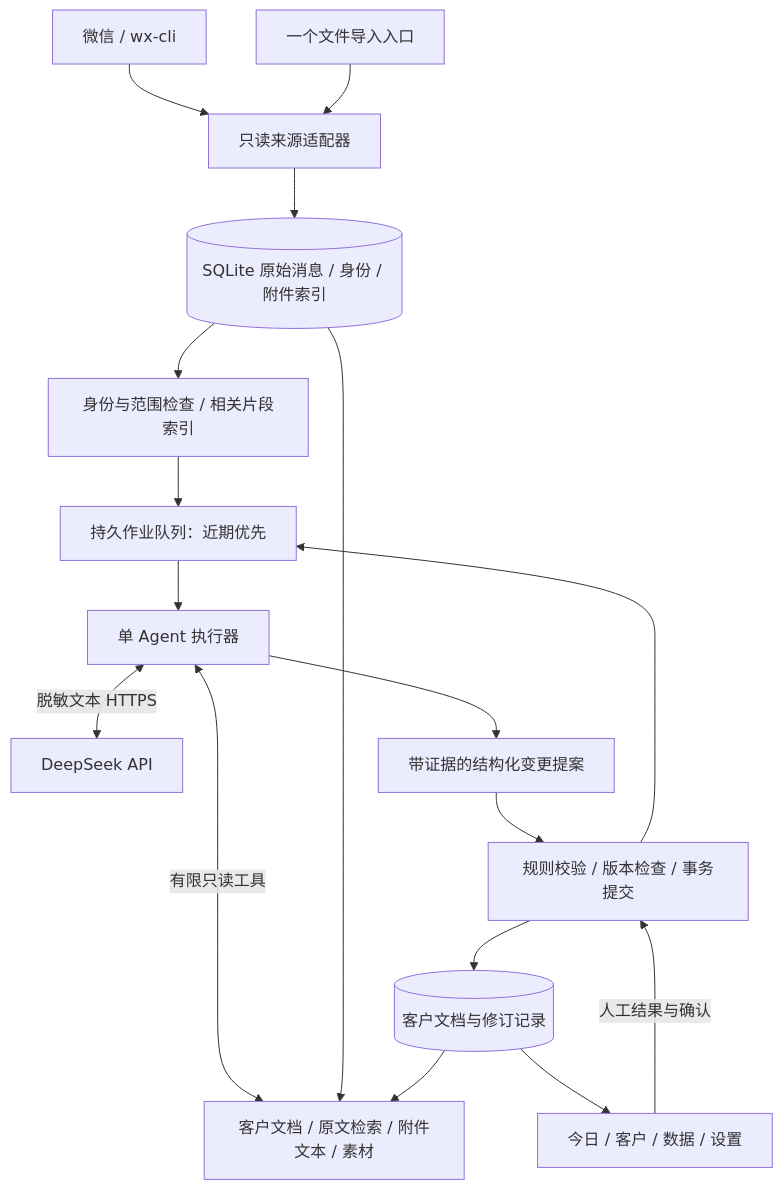
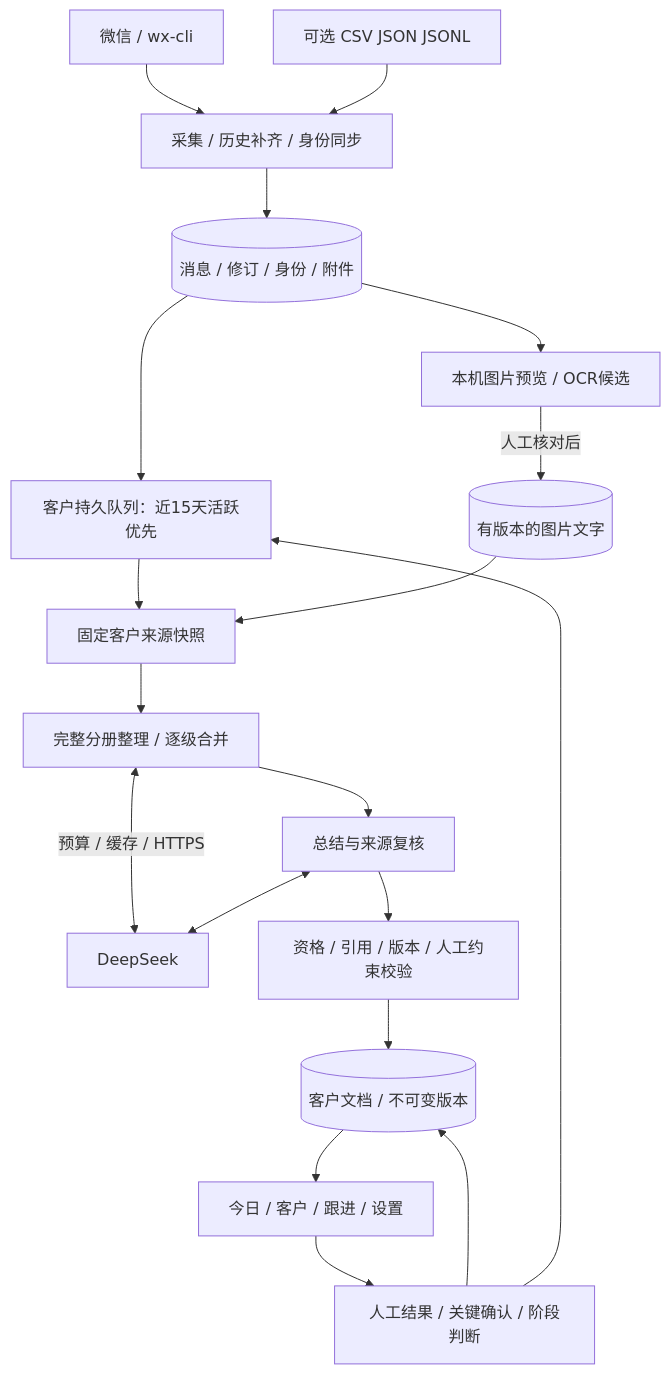
The diagram in docs/SYSTEM_ARCHITECTURE.md (EligahYy/Wechat-Agent), drawn with Mermaid before and after one commit. The commit also changed other lines of this file and 38 other files, not shown here.

````diff
--- a/docs/SYSTEM_ARCHITECTURE.md
+++ b/docs/SYSTEM_ARCHITECTURE.md
@@ -25,19 +9,21 @@
 ```mermaid
 flowchart TD
-    W[微信 / wx-cli] --> A[只读来源适配器]
-    F[一个文件导入入口] --> A
-    A --> S[(SQLite 原始消息 / 身份 / 附件索引)]
-    S --> I[身份与范围检查 / 相关片段索引]
-    I --> Q[持久作业队列：近期优先]
-    Q --> H[单 Agent 执行器]
-    H <-->|有限只读工具| R[客户文档 / 原文检索 / 附件文本 / 素材]
-    H <-->|脱敏文本 HTTPS| L[DeepSeek API]
-    H --> P[带证据的结构化变更提案]
-    P --> V[规则校验 / 版本检查 / 事务提交]
-    V --> D[(客户文档与修订记录)]
-    D --> U[今日 / 客户 / 数据 / 设置]
-    U -->|人工结果与确认| V
-    V --> Q
-    S --> R
-    D --> R
+    W[微信 / wx-cli] --> C[采集 / 历史补齐 / 身份同步]
+    F[可选 CSV JSON JSONL] --> C
+    C --> S[(消息 / 修订 / 身份 / 附件)]
+    S --> Q[客户持久队列：近15天活跃优先]
+    Q --> A[固定客户来源快照]
+    A --> P[完整分册整理 / 逐级合并]
+    P --> M[总结与来源复核]
+    P <-->|预算 / 缓存 / HTTPS| L[DeepSeek]
+    M <--> L
+    M --> V[资格 / 引用 / 版本 / 人工约束校验]
+    V --> D[(客户文档 / 不可变版本)]
+    D --> U[今日 / 客户 / 跟进 / 设置]
+    U --> H[人工结果 / 关键确认 / 阶段判断]
+    H --> D
+    H --> Q
+    S --> I[本机图片预览 / OCR候选]
+    I -->|人工核对后| T[(有版本的图片文字)]
+    T --> A
 ```
````
